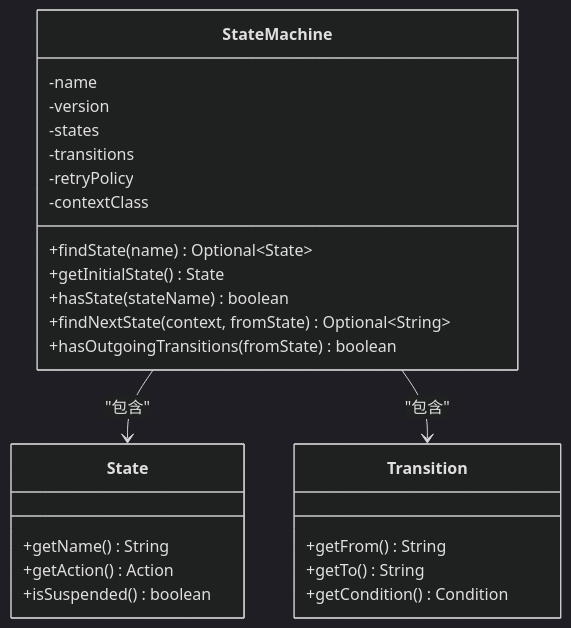
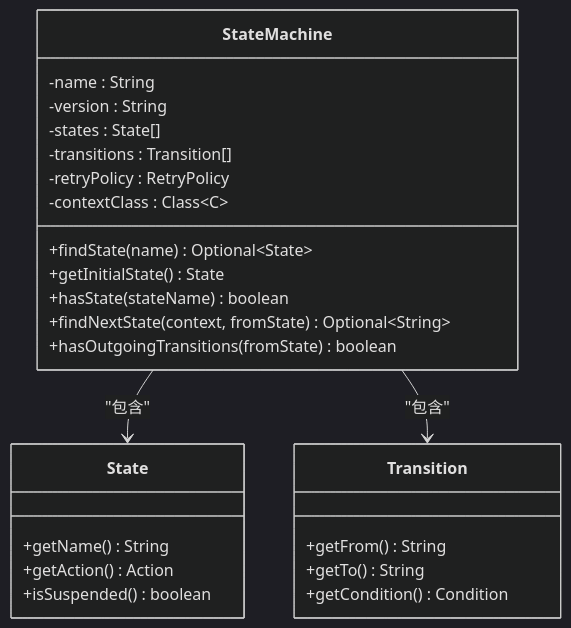
Before and after one commit to xiaoche80s-tech/state-machine-parent: the sixth of 11 diagrams in .qoder/repowiki/zh/content/核心概念/领域驱动设计架构.md, drawn with Mermaid (dark theme). The commit also changed other lines of this file and 20 other files, not shown here.

````diff
--- a/.qoder/repowiki/zh/content/核心概念/领域驱动设计架构.md
+++ b/.qoder/repowiki/zh/content/核心概念/领域驱动设计架构.md
@@ -205,28 +339,28 @@
 ```mermaid
 classDiagram
 class StateMachine {
--name
--version
--states
--transitions
--retryPolicy
--contextClass
+-name : String
+-version : String
+-states : State[]
+-transitions : Transition[]
+-retryPolicy : RetryPolicy
+-contextClass : Class~C~
 +findState(name) Optional~State~
 +getInitialState() State
 +hasState(stateName) boolean
 +findNextState(context, fromState) Optional~String~
 +hasOutgoingTransitions(fromState) boolean
 }
 class State {
 +getName() String
 +getAction() Action
 +isSuspended() boolean
 }
 class Transition {
 +getFrom() String
 +getTo() String
 +getCondition() Condition
 }
 StateMachine --> State : "包含"
 StateMachine --> Transition : "包含"
 ```
````
